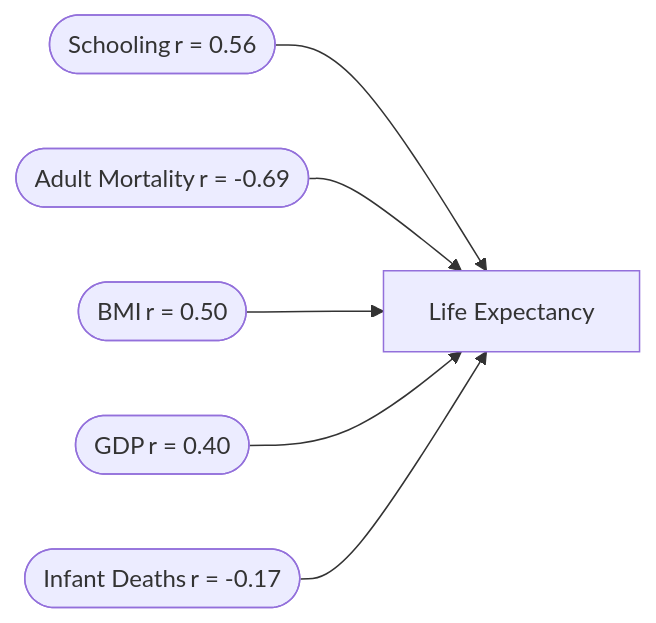
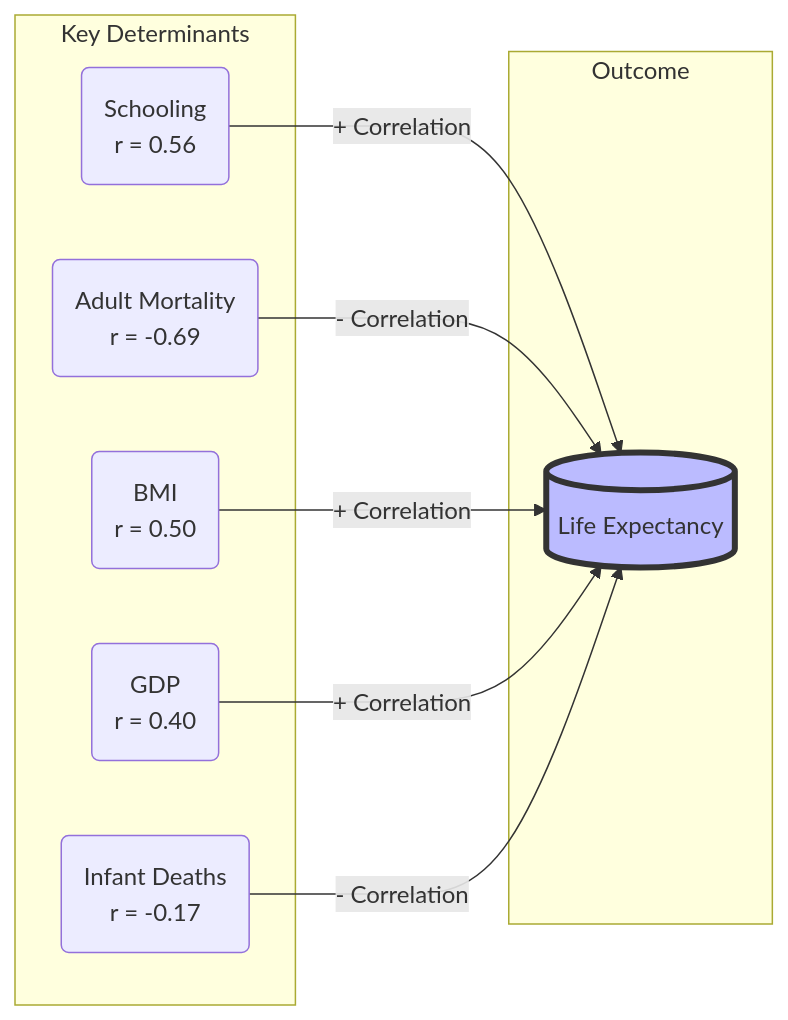
The second of 2 diagrams in world_life_expectancy/README.md (tzolkowski96/tzolkowski96), drawn with Mermaid before and after one commit. The commit also changed other lines of this file, not shown here.

Commit message:
Refactor README.md: Revise technical architecture diagrams for clarity and detail, update life expectancy trend representation, and enhance developer attribution

````diff
--- a/world_life_expectancy/README.md
+++ b/world_life_expectancy/README.md
@@ -391,8 +413,21 @@
 ```mermaid
-flowchart LR
-  Schooling(["Schooling r = 0.56"]) --> LE[Life Expectancy]
-  Mortality(["Adult Mortality r = ‑0.69"]) --> LE
-  BMI(["BMI r = 0.50"]) --> LE
-  GDP(["GDP r = 0.40"]) --> LE
-  InfantDeaths(["Infant Deaths r = ‑0.17"]) --> LE
+graph LR
+    subgraph "Key Determinants"
+        Schooling("Schooling<br>r = 0.56");
+        Mortality("Adult Mortality<br>r = -0.69");
+        BMI("BMI<br>r = 0.50");
+        GDP("GDP<br>r = 0.40");
+        InfantDeaths("Infant Deaths<br>r = -0.17");
+    end
+    subgraph "Outcome"
+        LE[("Life Expectancy")];
+    end
+
+    Schooling -- "+ Correlation" --> LE;
+    Mortality -- "- Correlation" --> LE;
+    BMI -- "+ Correlation" --> LE;
+    GDP -- "+ Correlation" --> LE;
+    InfantDeaths -- "- Correlation" --> LE;
+
+    style LE fill:#bbf,stroke:#333,stroke-width:4px
 ```
````
